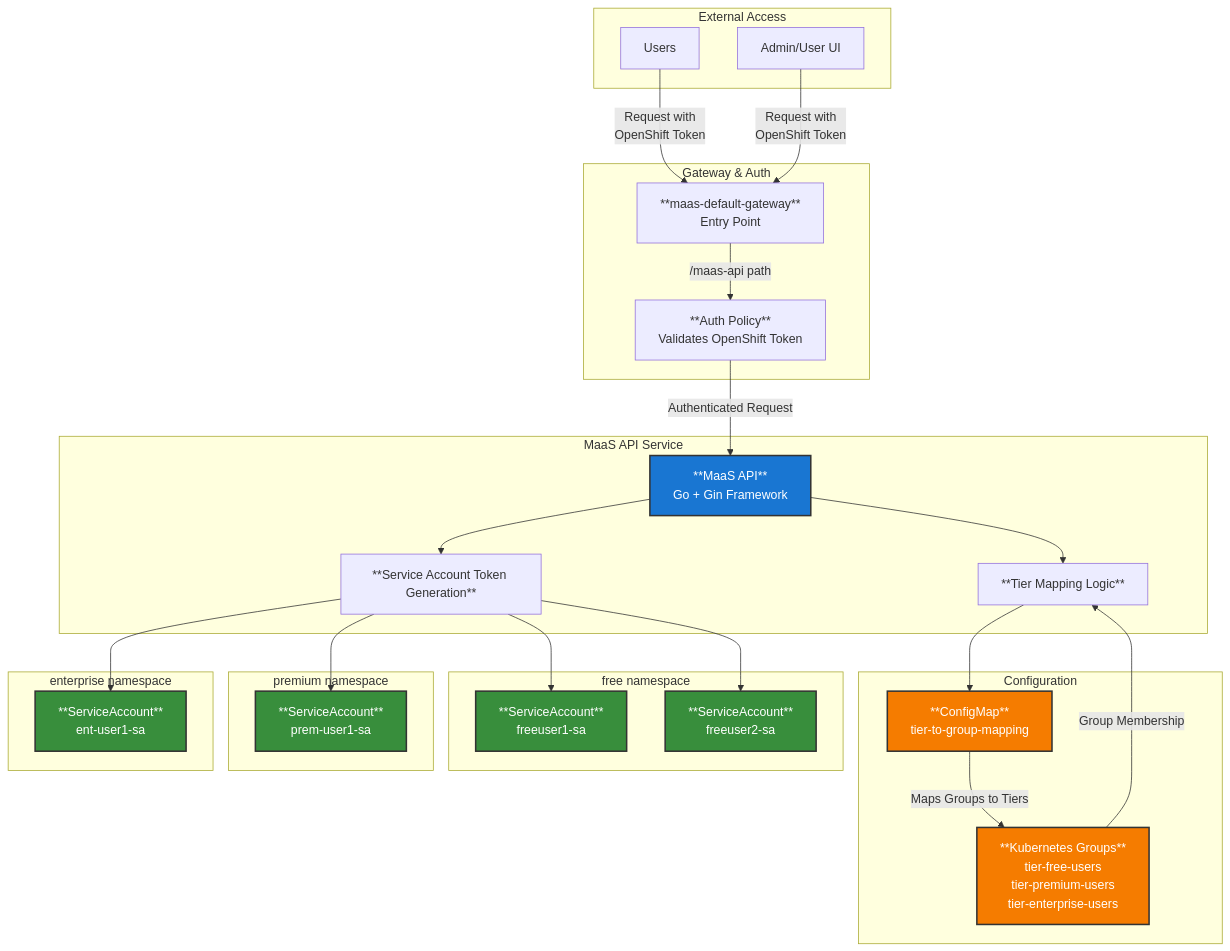
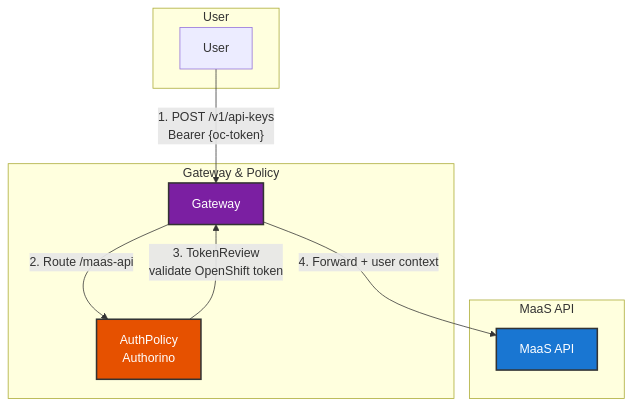
One commit to opendatahub-io/models-as-a-service changed the second of 8 diagrams in docs/content/architecture.md. Above: the diagram before and after it, drawn with Mermaid. The commit also changed other lines of this file and 10 other files, not shown here.

````diff
--- a/docs/content/architecture.md
+++ b/docs/content/architecture.md
@@ -75,61 +76,24 @@
 ```mermaid
 graph TB
-    subgraph "External Access"
-        User[Users]
-        AdminUI[Admin/User UI]
+    subgraph UserLayer["User"]
+        U[User]
     end
     
-    subgraph "Gateway & Auth"
-        Gateway[**maas-default-gateway**<br/>Entry Point]
-        AuthPolicy[**Auth Policy**<br/>Validates OpenShift Token]
+    subgraph GatewayLayer["Gateway & Policy"]
+        G[Gateway]
+        AP[AuthPolicy<br/>Authorino]
     end
     
-    subgraph "MaaS API Service"
-        API[**MaaS API**<br/>Go + Gin Framework]
-        TierMapping[**Tier Mapping Logic**]
-        TokenGen[**Service Account Token Generation**]
+    subgraph KeyMintingLayer["MaaS API"]
+        KMS[MaaS API]
     end
     
-    subgraph "Configuration"
-        ConfigMap[**ConfigMap**<br/>tier-to-group-mapping]
-        K8sGroups[**Kubernetes Groups**<br/>tier-free-users<br/>tier-premium-users<br/>tier-enterprise-users]
-    end
+    U -->|"1. POST /v1/api-keys<br/>Bearer {oc-token}"| G
+    G -->|"2. Route /maas-api"| AP
+    AP -->|"3. TokenReview<br/>validate OpenShift token"| G
+    G -->|"4. Forward + user context"| KMS
     
-    subgraph "free namespace"
-        FreeSA1[**ServiceAccount**<br/>freeuser1-sa]
-        FreeSA2[**ServiceAccount**<br/>freeuser2-sa]
-    end
-    
-    subgraph "premium namespace"
-        PremiumSA1[**ServiceAccount**<br/>prem-user1-sa]
-    end
-    
-    subgraph "enterprise namespace"
-        EnterpriseSA1[**ServiceAccount**<br/>ent-user1-sa]
-    end
-    
-    User -->|"Request with<br/>OpenShift Token"| Gateway
-    AdminUI -->|"Request with<br/>OpenShift Token"| Gateway
-    Gateway -->|"/maas-api path"| AuthPolicy
-    AuthPolicy -->|"Authenticated Request"| API
-    
-    API --> TierMapping
-    API --> TokenGen
-    
-    TierMapping --> ConfigMap
-    ConfigMap -->|Maps Groups to Tiers| K8sGroups
-    TokenGen --> FreeSA1
-    TokenGen --> FreeSA2
-    TokenGen --> PremiumSA1
-    TokenGen --> EnterpriseSA1
-    
-    K8sGroups -->|Group Membership| TierMapping
-    
-    style API fill:#1976d2,stroke:#333,stroke-width:2px,color:#fff
-    style ConfigMap fill:#f57c00,stroke:#333,stroke-width:2px,color:#fff
-    style K8sGroups fill:#f57c00,stroke:#333,stroke-width:2px,color:#fff
-    style FreeSA1 fill:#388e3c,stroke:#333,stroke-width:2px,color:#fff
-    style FreeSA2 fill:#388e3c,stroke:#333,stroke-width:2px,color:#fff
-    style PremiumSA1 fill:#388e3c,stroke:#333,stroke-width:2px,color:#fff
-    style EnterpriseSA1 fill:#388e3c,stroke:#333,stroke-width:2px,color:#fff
+    style KMS fill:#1976d2,stroke:#333,stroke-width:2px,color:#fff
+    style G fill:#7b1fa2,stroke:#333,stroke-width:2px,color:#fff
+    style AP fill:#e65100,stroke:#333,stroke-width:2px,color:#fff
 ```
````
